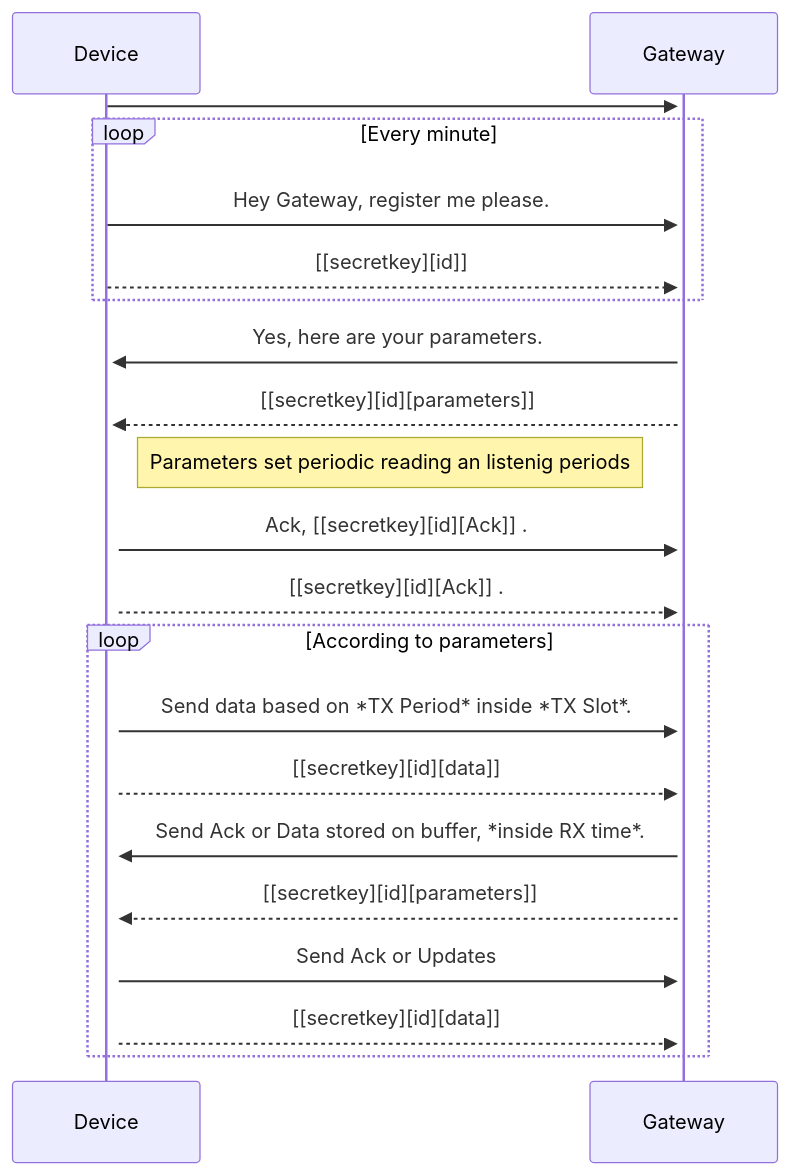
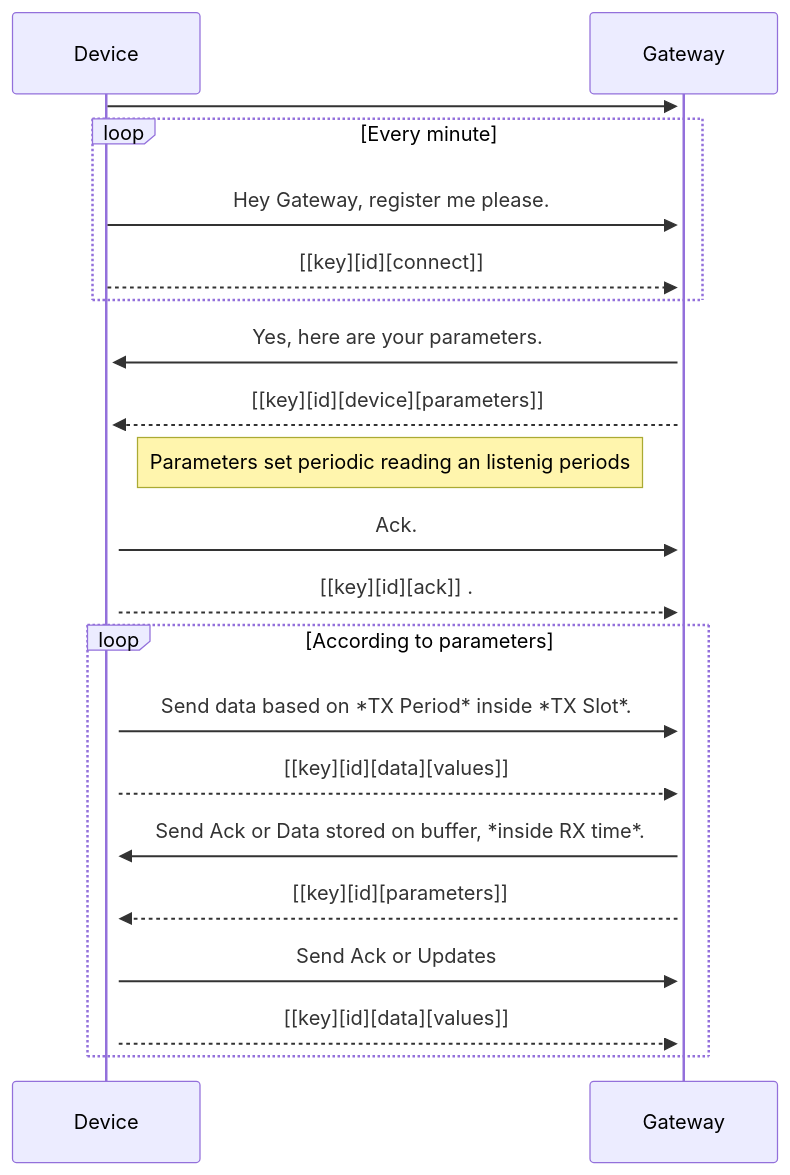
Before and after one commit to FrancoRosa/sensor-network: the diagram in README.md, drawn with Mermaid. The commit also changed other lines of this file and 3 other files, not shown here.

````diff
--- a/README.md
+++ b/README.md
@@ -80,21 +80,21 @@
 ```mermaid
 sequenceDiagram
     Device->>+Gateway: 
     loop Every minute
         Device->>Gateway: Hey Gateway, register me please.
-        Device-->>Gateway: [[secretkey][id]]
+        Device-->>Gateway: [[key][id][connect]]
     end
     Gateway->>+Device: Yes, here are your parameters.
-    Gateway-->>+Device: [[secretkey][id][parameters]]
+    Gateway-->>+Device: [[key][id][device][parameters]]
     Note right of Device: Parameters set periodic reading an listenig periods
-    Device->>+Gateway: Ack, [[secretkey][id][Ack]] .
-    Device-->>Gateway: [[secretkey][id][Ack]] .
+    Device->>+Gateway: Ack.
+    Device-->>Gateway: [[key][id][ack]] .
     loop According to parameters
         Device->>Gateway: Send data based on *TX Period* inside *TX Slot*.
-        Device-->>Gateway:[[secretkey][id][data]]
+        Device-->>Gateway:[[key][id][data][values]]
         Gateway->>Device: Send Ack or Data stored on buffer, *inside RX time*. 
-        Gateway-->>Device:[[secretkey][id][parameters]]
+        Gateway-->>Device:[[key][id][parameters]]
         Device->>Gateway: Send Ack or Updates
-        Device-->>Gateway: [[secretkey][id][data]]
+        Device-->>Gateway: [[key][id][data][values]]
     end
 ```
````
